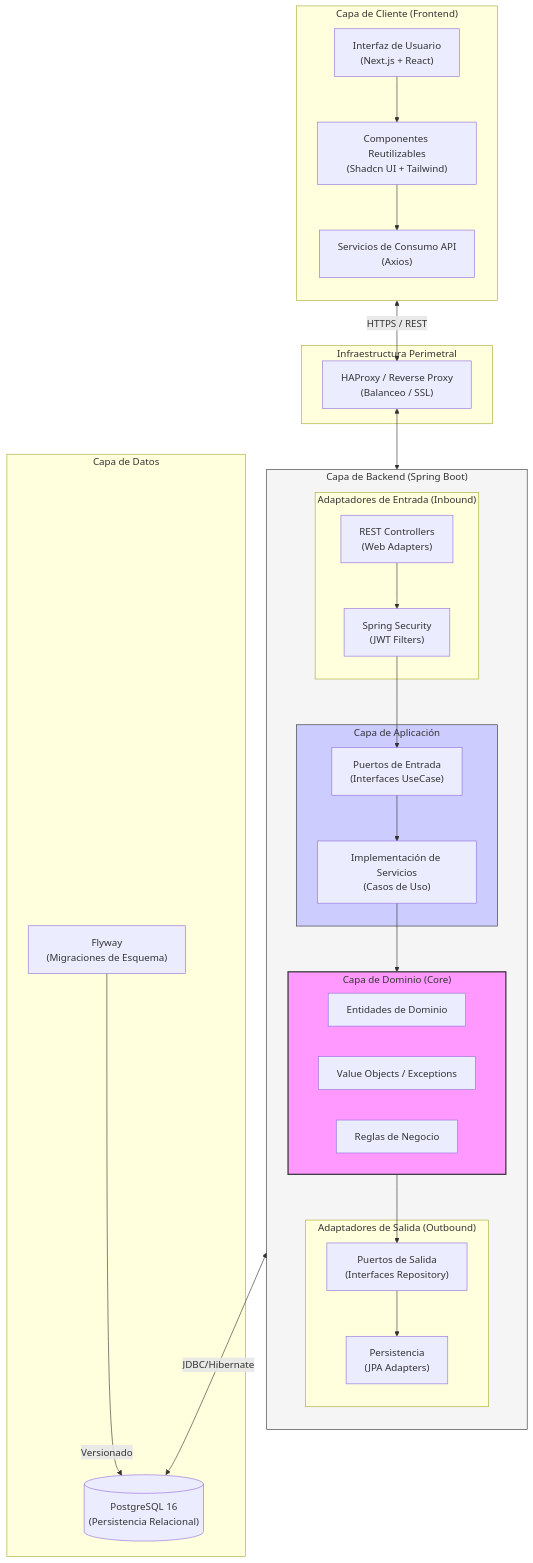
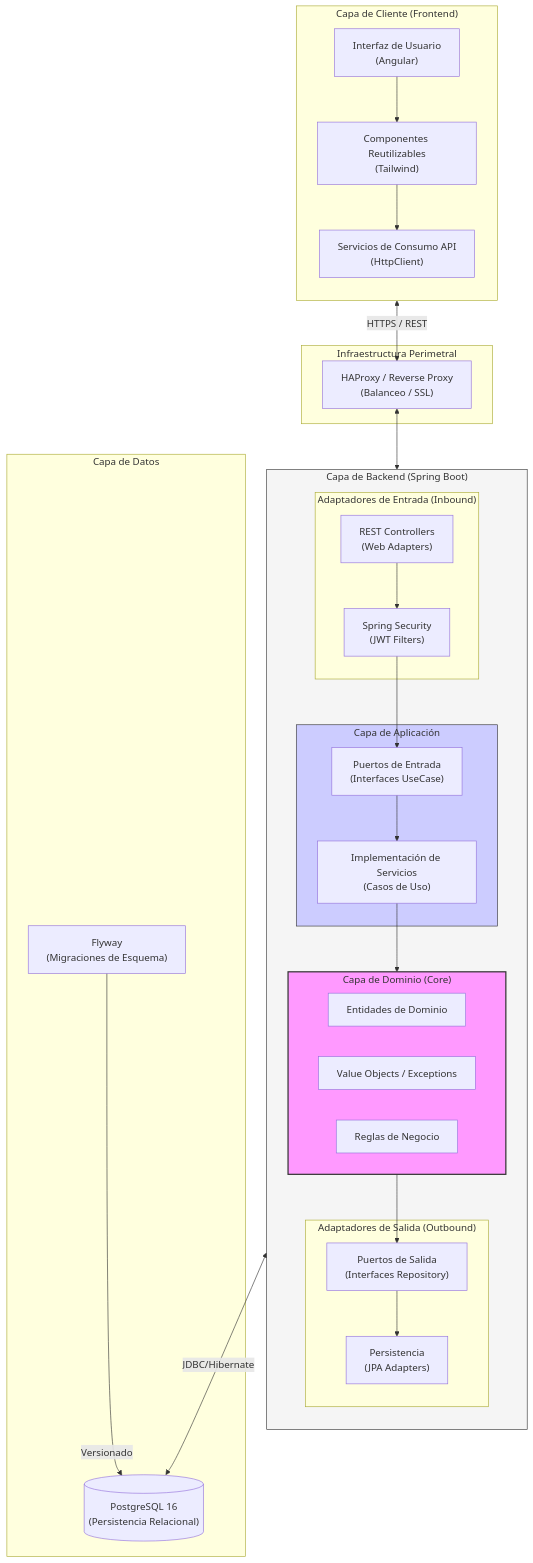
One commit to BrandonBrandon-alt/Zen-Inventory changed the first of 3 diagrams in README.md. Above: the diagram before and after it, drawn with Mermaid. The commit also changed other lines of this file and 110 other files, not shown here.

First line of the commit message:
chore: retirar el frontend de Next.js (frontend/): ya está todo migrado a Angular

````diff
--- a/README.md
+++ b/README.md
@@ -44,62 +44,62 @@
 ```mermaid
 flowchart TB
     subgraph ClientLayer ["Capa de Cliente (Frontend)"]
         direction TB
-        UI["Interfaz de Usuario\n(Next.js + React)"]
-        Components["Componentes Reutilizables\n(Shadcn UI + Tailwind)"]
-        Services["Servicios de Consumo API\n(Axios)"]
+        UI["Interfaz de Usuario\n(Angular)"]
+        Components["Componentes Reutilizables\n(Tailwind)"]
+        Services["Servicios de Consumo API\n(HttpClient)"]
         UI --> Components
         Components --> Services
     end
 
     subgraph InfrastructureIn ["Infraestructura Perimetral"]
         LB["HAProxy / Reverse Proxy\n(Balanceo / SSL)"]
     end
 
     subgraph BackendLayer ["Capa de Backend (Spring Boot)"]
         direction TB
         subgraph AdaptersIn ["Adaptadores de Entrada (Inbound)"]
             REST["REST Controllers\n(Web Adapters)"]
             Security["Spring Security\n(JWT Filters)"]
         end
 
         subgraph Application ["Capa de Aplicación"]
             PortsIn["Puertos de Entrada\n(Interfaces UseCase)"]
             ServicesApp["Implementación de Servicios\n(Casos de Uso)"]
         end
 
         subgraph Domain ["Capa de Dominio (Core)"]
             Entities["Entidades de Dominio"]
             VO["Value Objects / Exceptions"]
             Logic["Reglas de Negocio"]
         end
 
         subgraph AdaptersOut ["Adaptadores de Salida (Outbound)"]
             PortsOut["Puertos de Salida\n(Interfaces Repository)"]
             Persistence["Persistencia\n(JPA Adapters)"]
         end
 
         REST --> Security
         Security --> PortsIn
         PortsIn --> ServicesApp
         ServicesApp --> Domain
         Domain --> PortsOut
         PortsOut --> Persistence
     end
 
     subgraph DataLayer ["Capa de Datos"]
         DB[("PostgreSQL 16\n(Persistencia Relacional)")]
         Migrations["Flyway\n(Migraciones de Esquema)"]
     end
 
     %% Relaciones Cross-Layer
     Services <-->|HTTPS / REST| LB
     LB <--> REST
     Persistence <-->|JDBC/Hibernate| DB
     Migrations -->|Versionado| DB
 
     %% Estilos
     style Domain fill:#f9f,stroke:#333,stroke-width:2px
     style Application fill:#ccf,stroke:#333,stroke-width:1px
     style BackendLayer fill:#f5f5f5,stroke:#333
 ```
````
